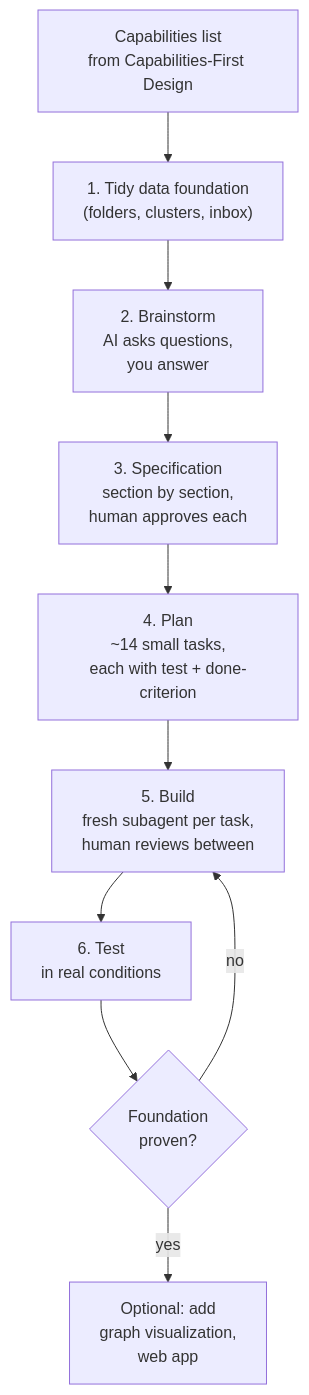
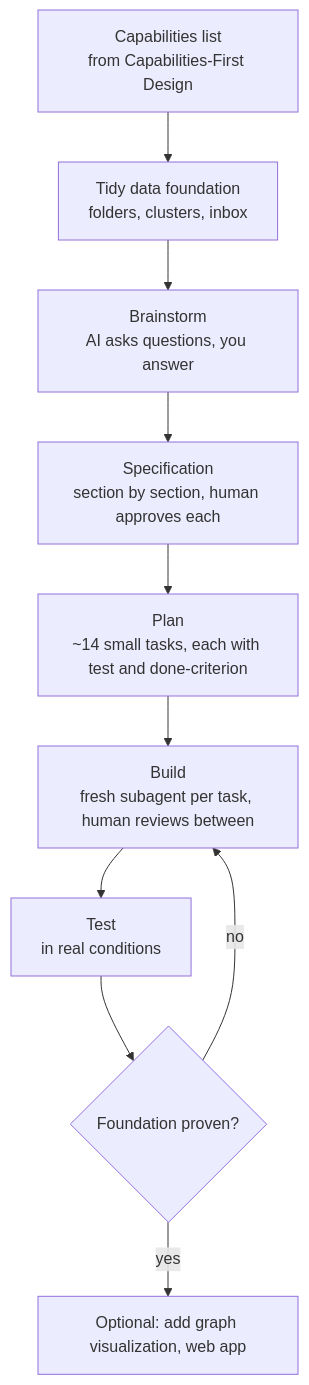
Before and after one commit to xdflatline/quartz: the third of 6 diagrams in content/Research/second-brain-build.md, drawn with Mermaid. The commit also changed 1 other file, not shown here.

Commit message:
refactor: rewrite six-step diagram labels to remove numbered prefixes
The six-step build process diagram still had S1-S6 labels in quoted
form (which suppressed the marked list bug) but with the same redundant
'1./2./3./4./5./6.' prefixes and awkward <br/> line cuts as the
Brain-First and workflow diagrams had before. Apply the same semantic
rewrite: drop the decorative number prefixes (the arrow order already
conveys sequence) and tighten the prose to two short lines per box.

Concretely:
- '1. Tidy data foundation / (folders, clusters, inbox)' becomes
  'Tidy data foundation / folders, clusters, inbox'
- '3. Specification / section by section, / human approves each' becomes
  'Specification / section by section, human approves each'
- ...and the same treatment for the other five steps plus the App node

Done in two files (the diagram is duplicated in the concept page and
the research index). Verified: 0 'Unsupported markdown' instances on
all 11 new pages after build.

````diff
--- a/content/Research/second-brain-build.md
+++ b/content/Research/second-brain-build.md
@@ -112,12 +112,12 @@
 ```mermaid
 flowchart TD
     S0[Capabilities list<br/>from Capabilities-First Design] --> S1
-    S1["1. Tidy data foundation<br/>(folders, clusters, inbox)"] --> S2
-    S2["2. Brainstorm<br/>AI asks questions,<br/>you answer"] --> S3
-    S3["3. Specification<br/>section by section,<br/>human approves each"] --> S4
-    S4["4. Plan<br/>~14 small tasks,<br/>each with test + done-criterion"] --> S5
-    S5["5. Build<br/>fresh subagent per task,<br/>human reviews between"] --> S6
-    S6["6. Test<br/>in real conditions"] --> Done{Foundation<br/>proven?}
-    Done -- yes --> App[Optional: add<br/>graph visualization,<br/>web app]
+    S1[Tidy data foundation<br/>folders, clusters, inbox] --> S2
+    S2[Brainstorm<br/>AI asks questions, you answer] --> S3
+    S3[Specification<br/>section by section, human approves each] --> S4
+    S4[Plan<br/>~14 small tasks, each with test and done-criterion] --> S5
+    S5[Build<br/>fresh subagent per task, human reviews between] --> S6
+    S6[Test<br/>in real conditions] --> Done{Foundation proven?}
+    Done -- yes --> App[Optional: add graph visualization, web app]
     Done -- no --> S5
 ```
````
